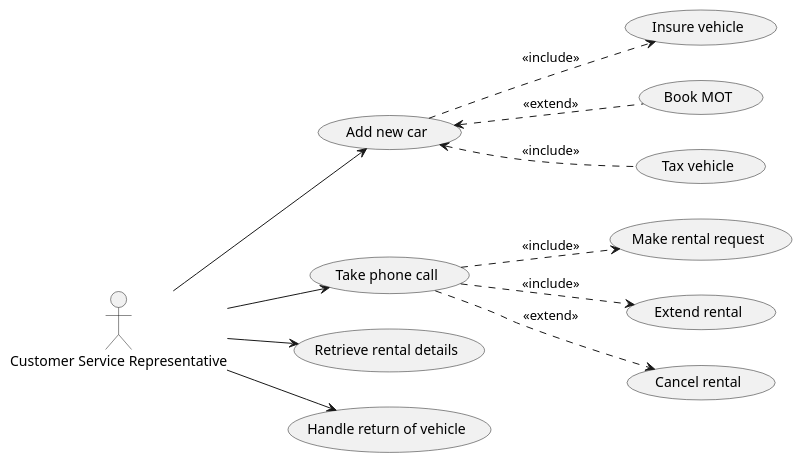
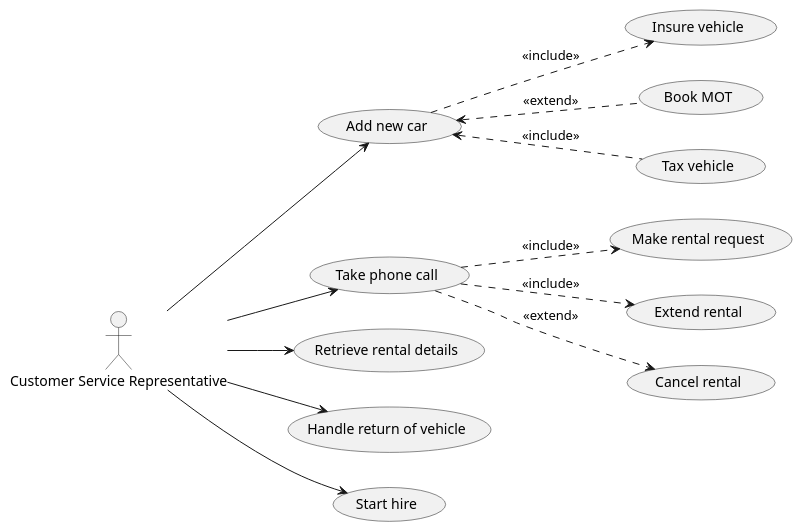
The diagram in diagrams/useCase/csr.puml (OMBowkerBBC/DC4600-Assignment1), drawn with PlantUML before and after one commit. The commit also changed 6 other files, not shown here.

```diff
--- a/diagrams/useCase/csr.puml
+++ b/diagrams/useCase/csr.puml
@@ -1,23 +1,24 @@
 @startuml
 left to right direction
 
 actor :Customer Service Representative: as csr
 
 (Make rental request) as rentReq
 (Extend rental) as rentExt
 (Cancel rental) as rentCancel
 (Add new car) as (addCar)
 (Insure vehicle) as (insureVehicle)
 (Take phone call) as (phoneBooking)
 
 addCar <.. (Book MOT) : << extend >>
 addCar <.. (Tax vehicle) : << include >>
 addCar ..> insureVehicle : << include >>
 csr --> (Retrieve rental details)
 csr --> phoneBooking
 phoneBooking ..> rentReq : << include >>
 phoneBooking ..> rentExt : << include >>
 phoneBooking ..> rentCancel : << extend >> 
 csr --> addCar
 csr --> (Handle return of vehicle)
+csr --> (Start hire)
 @enduml
```
